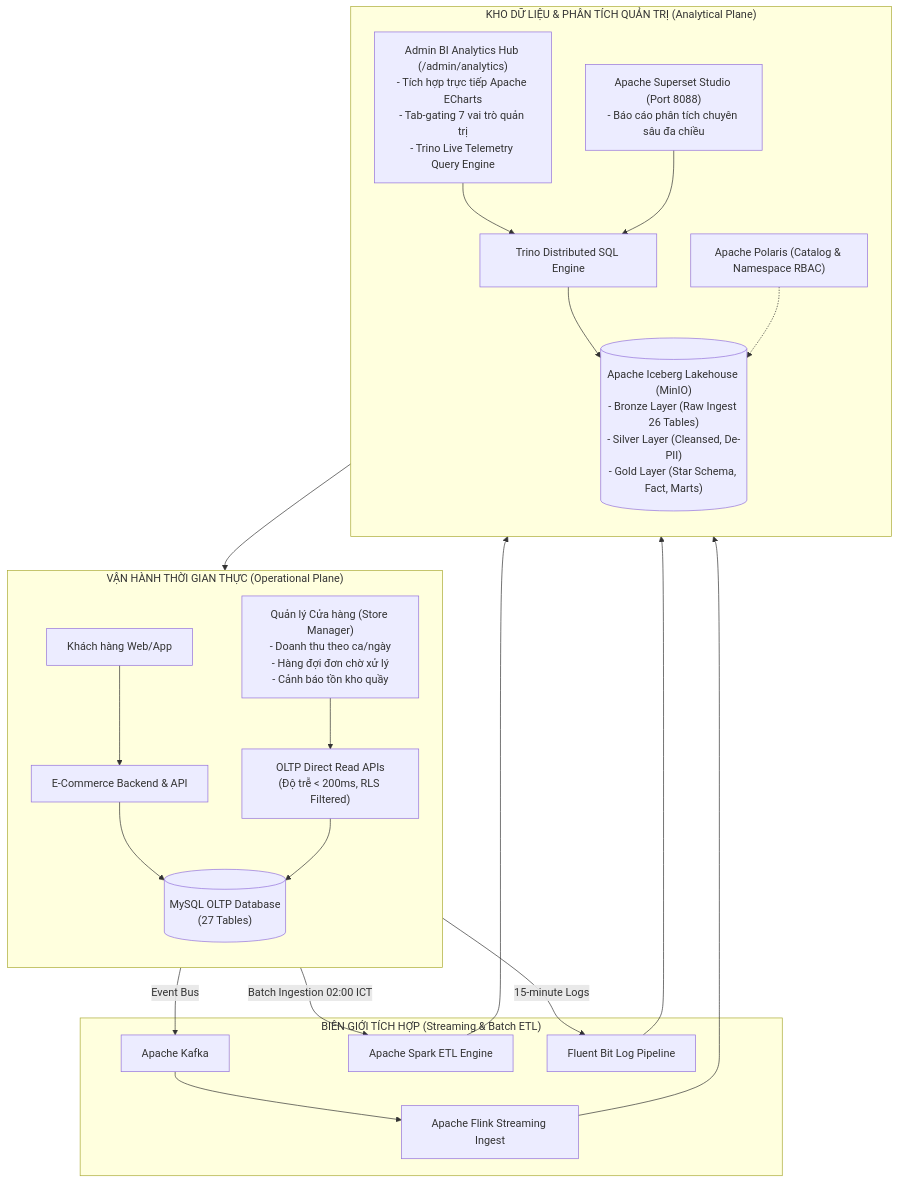
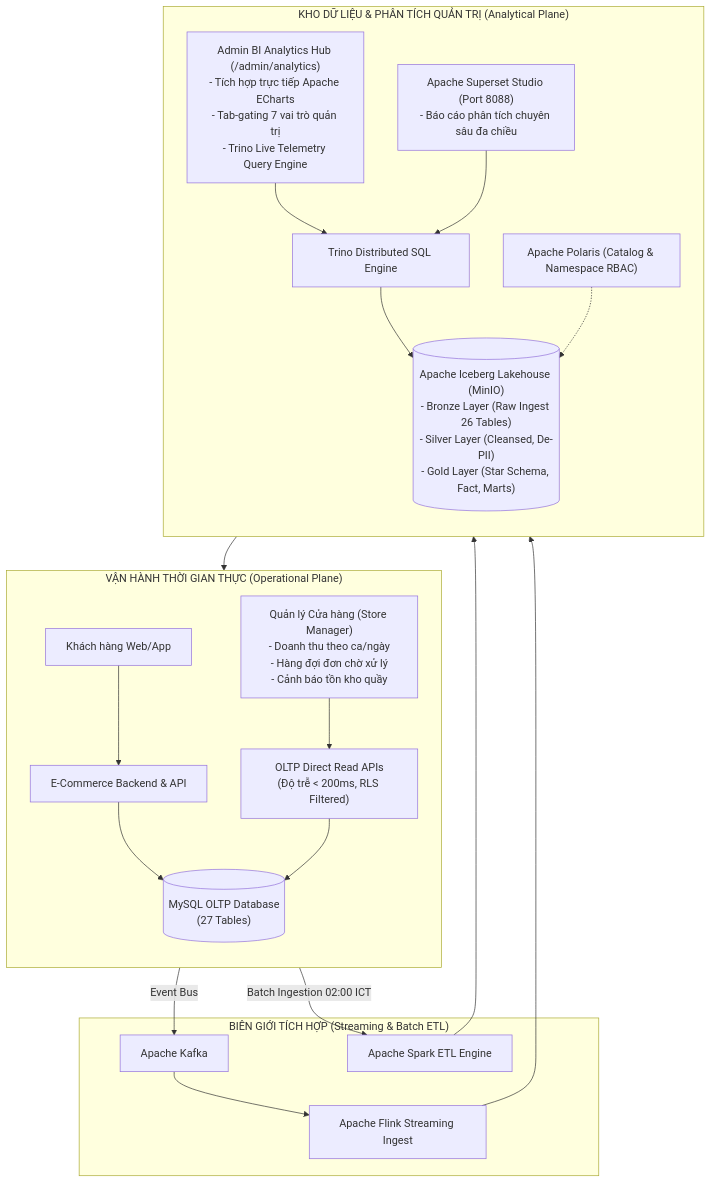
One commit to DanhTrannn/TLCN changed the first of 6 diagrams in docs/architecture/MANAGEMENT_INFO_TECHNICAL_SPEC.md. Above: the diagram before and after it, drawn with Mermaid. The commit also changed other lines of this file and 15 other files, not shown here.

Commit message:
chore: remove deprecated fluent-bit and update documentation for streaming architecture

````diff
--- a/docs/architecture/MANAGEMENT_INFO_TECHNICAL_SPEC.md
+++ b/docs/architecture/MANAGEMENT_INFO_TECHNICAL_SPEC.md
@@ -61,31 +61,30 @@
 ```mermaid
 flowchart TB
     subgraph Operational_Plane["VẬN HÀNH THỜI GIAN THỰC (Operational Plane)"]
         direction TB
         AppUser["Khách hàng Web/App"] --> WebApp["E-Commerce Backend & API"]
         WebApp --> MySQL[("MySQL OLTP Database\n(27 Tables)")]
         
         StoreMgr["Quản lý Cửa hàng (Store Manager)\n- Doanh thu theo ca/ngày\n- Hàng đợi đơn chờ xử lý\n- Cảnh báo tồn kho quầy"] --> OLTP_API["OLTP Direct Read APIs\n(Độ trễ < 200ms, RLS Filtered)"]
         OLTP_API --> MySQL
     end
 
     subgraph Integration_Boundary["BIÊN GIỚI TÍCH HỢP (Streaming & Batch ETL)"]
         WebApp -->|Event Bus| Kafka["Apache Kafka"]
         Kafka --> Flink["Apache Flink Streaming Ingest"]
         MySQL -->|Batch Ingestion 02:00 ICT| Spark["Apache Spark ETL Engine"]
-        WebApp -->|15-minute Logs| FluentBit["Fluent Bit Log Pipeline"]
     end
 
     subgraph Analytical_Plane["KHO DỮ LIỆU & PHÂN TÍCH QUẢN TRỊ (Analytical Plane)"]
         direction TB
-        Spark & Flink & FluentBit --> Lakehouse[("Apache Iceberg Lakehouse (MinIO)\n- Bronze Layer (Raw Ingest 26 Tables)\n- Silver Layer (Cleansed, De-PII)\n- Gold Layer (Star Schema, Fact, Marts)")]
+        Spark & Flink --> Lakehouse[("Apache Iceberg Lakehouse (MinIO)\n- Bronze Layer (Raw Ingest 26 Tables)\n- Silver Layer (Cleansed, De-PII)\n- Gold Layer (Star Schema, Fact, Marts)")]
         
         Engine["Trino Distributed SQL Engine"] --> Lakehouse
         Catalog["Apache Polaris (Catalog & Namespace RBAC)"] -.-> Lakehouse
         
         Hub["Admin BI Analytics Hub (/admin/analytics)\n- Tích hợp trực tiếp Apache ECharts\n- Tab-gating 7 vai trò quản trị\n- Trino Live Telemetry Query Engine"] --> Engine
         Hub --> OLTP_API
         
         Superset["Apache Superset Studio (Port 8088)\n- Báo cáo phân tích chuyên sâu đa chiều"] --> Engine
     end
 ```
````
